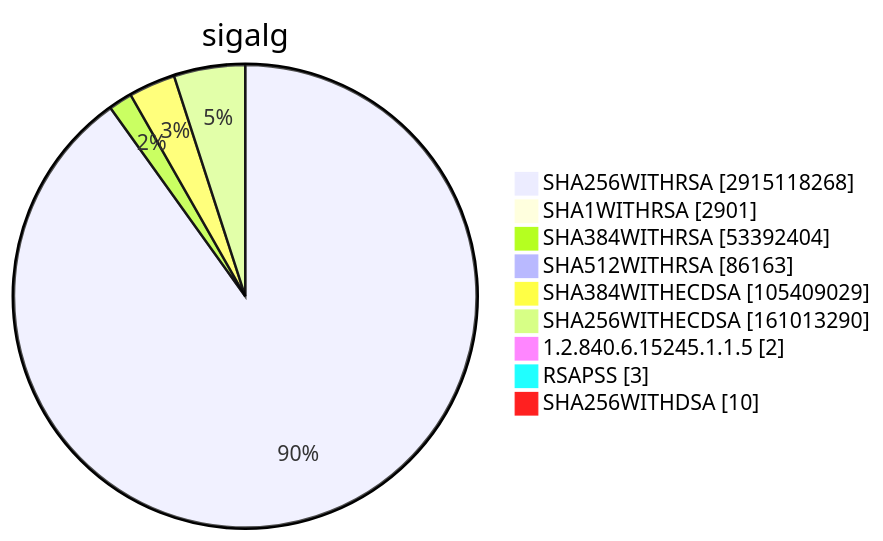
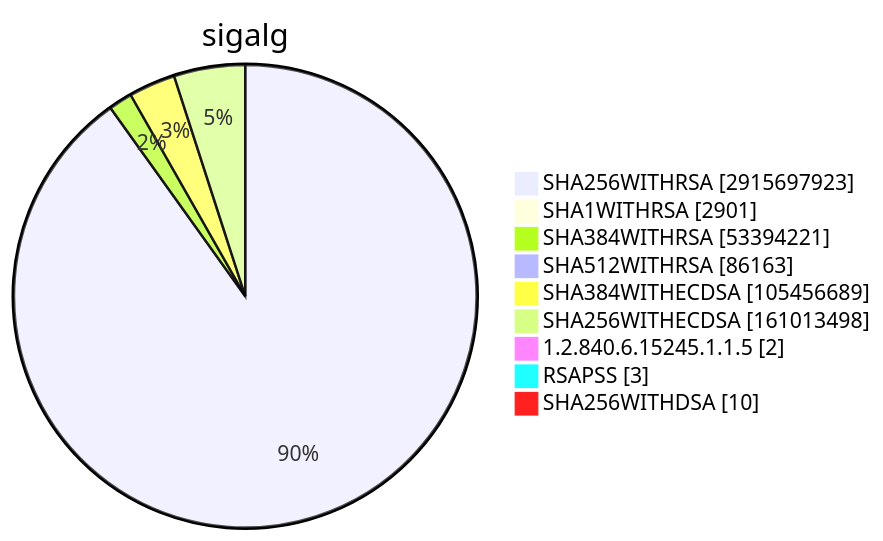
Before and after one commit to christiankrug/ctmonitor_visualization: diagram 15 of 15 in TOTAL/README.md, drawn with Mermaid. The commit also changed other lines of this file, not shown here.

````diff
--- a/TOTAL/README.md
+++ b/TOTAL/README.md
@@ -6207,13 +6207,13 @@
 ```mermaid
 pie showData
 title sigalg
-"SHA256WITHRSA" :2915118268
+"SHA256WITHRSA" :2915697923
 "SHA1WITHRSA" :2901
-"SHA384WITHRSA" :53392404
+"SHA384WITHRSA" :53394221
 "SHA512WITHRSA" :86163
-"SHA384WITHECDSA" :105409029
-"SHA256WITHECDSA" :161013290
+"SHA384WITHECDSA" :105456689
+"SHA256WITHECDSA" :161013498
 "1.2.840.6.15245.1.1.5" :2
 "RSAPSS" :3
 "SHA256WITHDSA" :10
 ```
````
